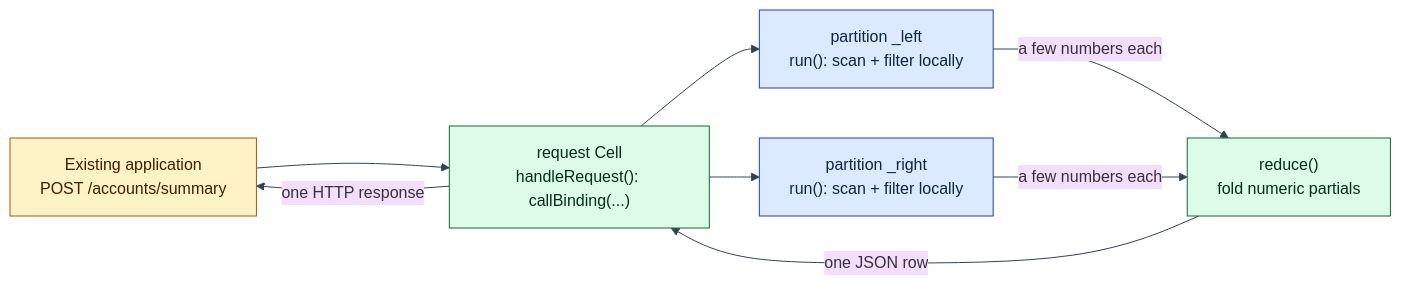
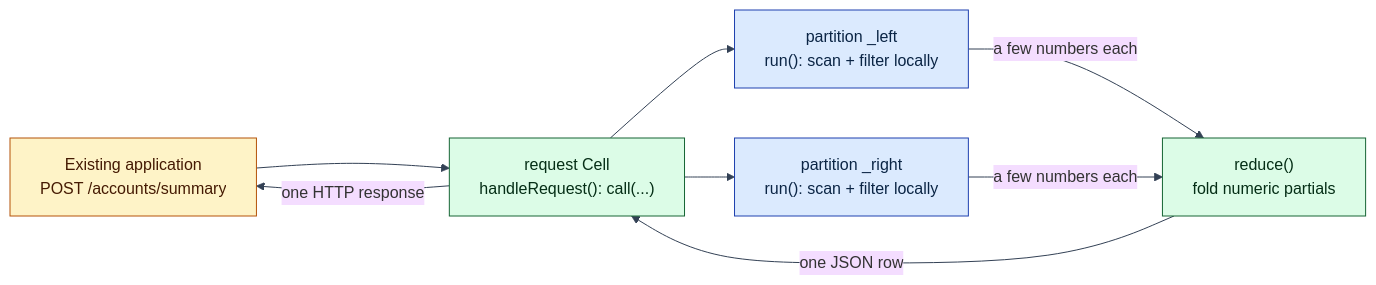
The diagram in examples/call-binding-account-summary/README.md (psvensson/lagrange), drawn with Mermaid before and after one commit. The commit also changed other lines of this file and 12 other files, not shown here.

First line of the commit message:
service-compiler-account-summary-parity: examples/call-binding-account-…

````diff
--- a/examples/call-binding-account-summary/README.md
+++ b/examples/call-binding-account-summary/README.md
@@ -172,18 +184,18 @@
 ```mermaid
 %%{init: {'theme':'base','themeVariables':{'background':'#ffffff','lineColor':'#334155','textColor':'#0f172a'}}}%%
 flowchart LR
   APP["Existing application<br/>POST /accounts/summary"]:::ctrl
-  REQ["request Cell<br/>handleRequest(): callBinding(...)"]:::svc
+  REQ["request Cell<br/>handleRequest(): call(...)"]:::svc
   P1["partition _left<br/>run(): scan + filter locally"]:::data
   P2["partition _right<br/>run(): scan + filter locally"]:::data
   RED["reduce()<br/>fold numeric partials"]:::svc
   APP --> REQ
   REQ --> P1 & P2
   P1 & P2 -- "a few numbers each" --> RED
   RED -- "one JSON row" --> REQ
   REQ -- "one HTTP response" --> APP
 
   classDef data fill:#dbeafe,stroke:#1e40af,color:#0b2545
   classDef svc fill:#dcfce7,stroke:#166534,color:#052e16
   classDef ctrl fill:#fef3c7,stroke:#b45309,color:#451a03
 ```
````
